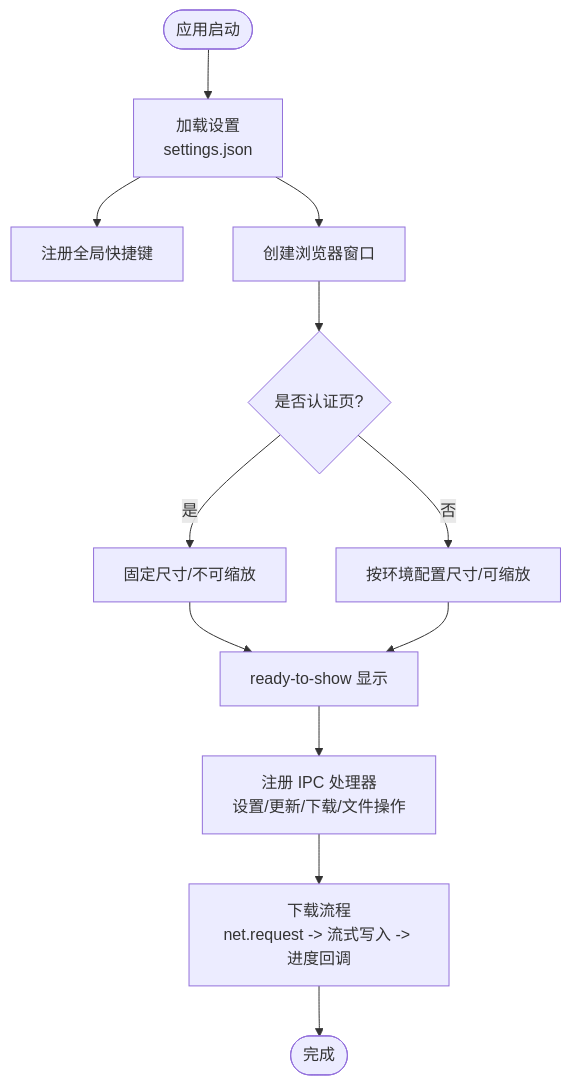
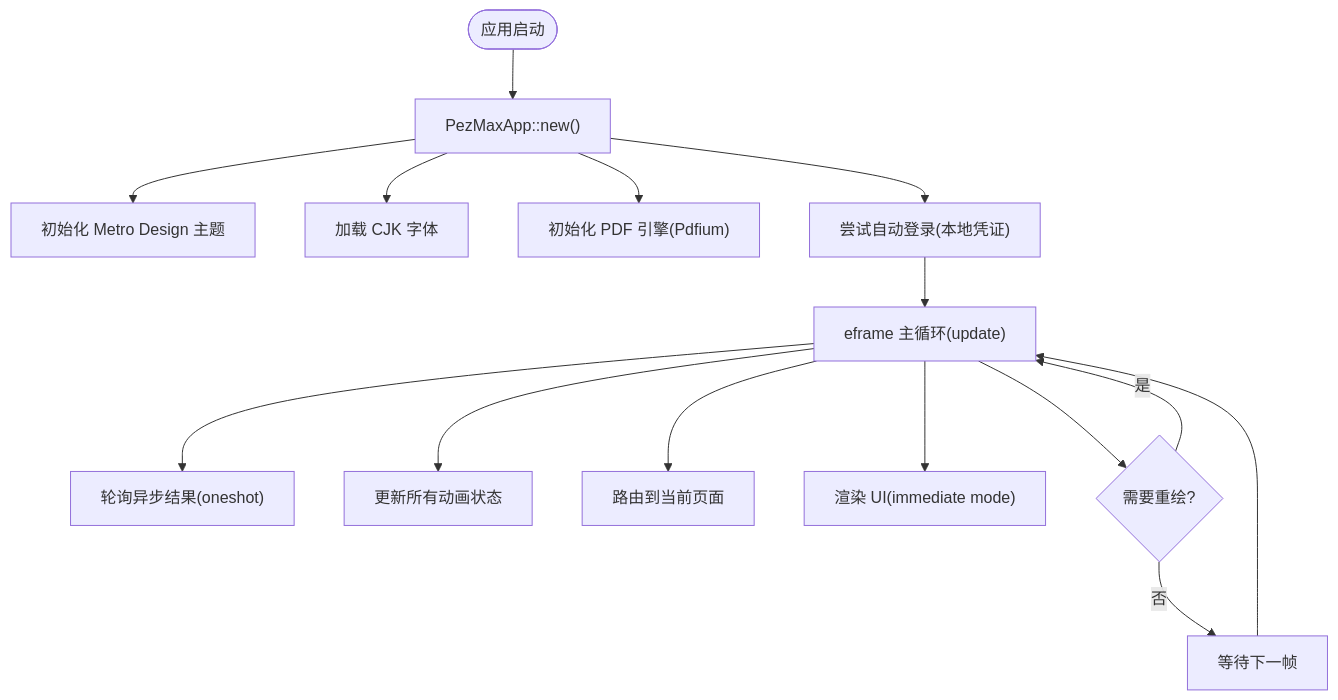
The fourth of 5 diagrams in repowiki/zh/content/项目概述.md (PezMax/PezMax-One), drawn with Mermaid before and after one commit. The commit also changed other lines of this file and 12 other files, not shown here.

````diff
--- a/repowiki/zh/content/项目概述.md
+++ b/repowiki/zh/content/项目概述.md
@@ -187,14 +175,17 @@
 ```mermaid
 flowchart TD
-Start(["应用启动"]) --> LoadSettings["加载设置<br/>settings.json"]
-LoadSettings --> RegisterShortcuts["注册全局快捷键"]
-LoadSettings --> CreateWindow["创建浏览器窗口"]
-CreateWindow --> ModeCheck{"是否认证页?"}
-ModeCheck --> |是| AuthMode["固定尺寸/不可缩放"]
-ModeCheck --> |否| AppMode["按环境配置尺寸/可缩放"]
-AuthMode --> Ready["ready-to-show 显示"]
-AppMode --> Ready
-Ready --> IPC["注册 IPC 处理器<br/>设置/更新/下载/文件操作"]
-IPC --> DownloadFlow["下载流程<br/>net.request -> 流式写入 -> 进度回调"]
-DownloadFlow --> End(["完成"])
+Start(["应用启动"]) --> Init["PezMaxApp::new()"]
+Init --> Theme["初始化 Metro Design 主题"]
+Init --> Fonts["加载 CJK 字体"]
+Init --> PDF["初始化 PDF 引擎(Pdfium)"]
+Init --> AutoLogin["尝试自动登录(本地凭证)"]
+AutoLogin --> Loop["eframe 主循环(update)"]
+Loop --> Async["轮询异步结果(oneshot)"]
+Loop --> Anim["更新所有动画状态"]
+Loop --> Route["路由到当前页面"]
+Loop --> UI["渲染 UI(immediate mode)"]
+Loop --> Repaint{"需要重绘?"}
+Repaint --> |是| Loop
+Repaint --> |否| Wait["等待下一帧"]
+Wait --> Loop
 ```
````
